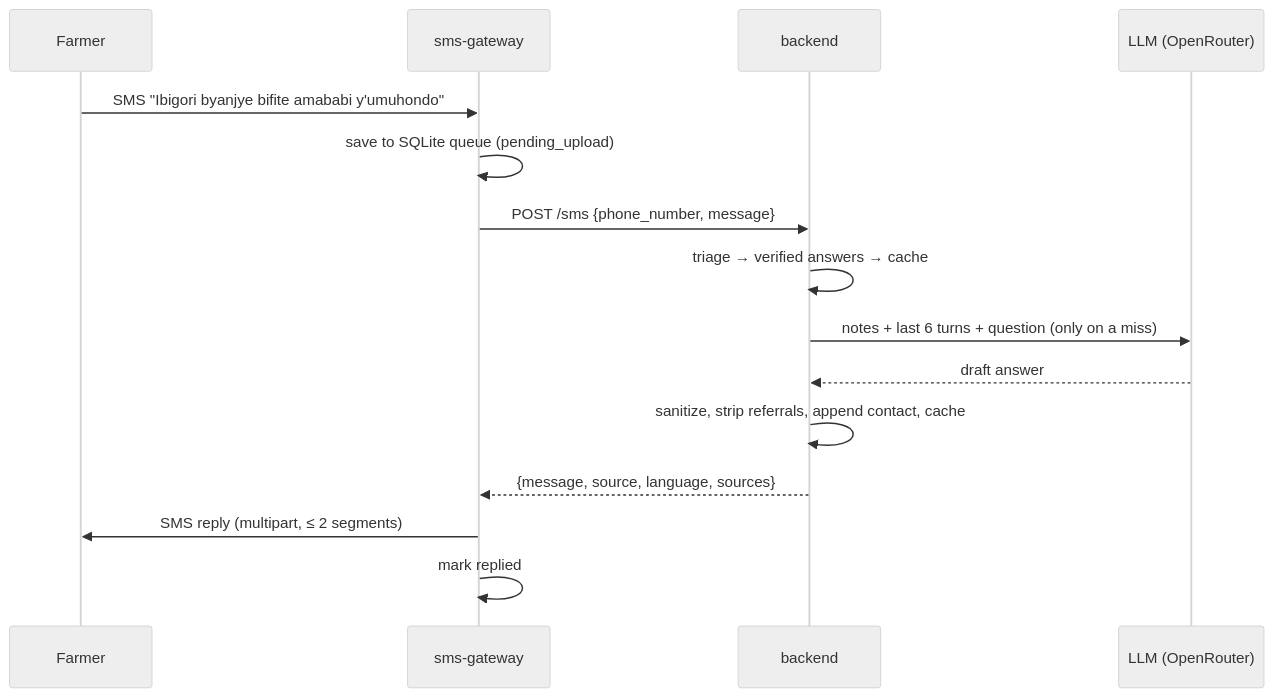
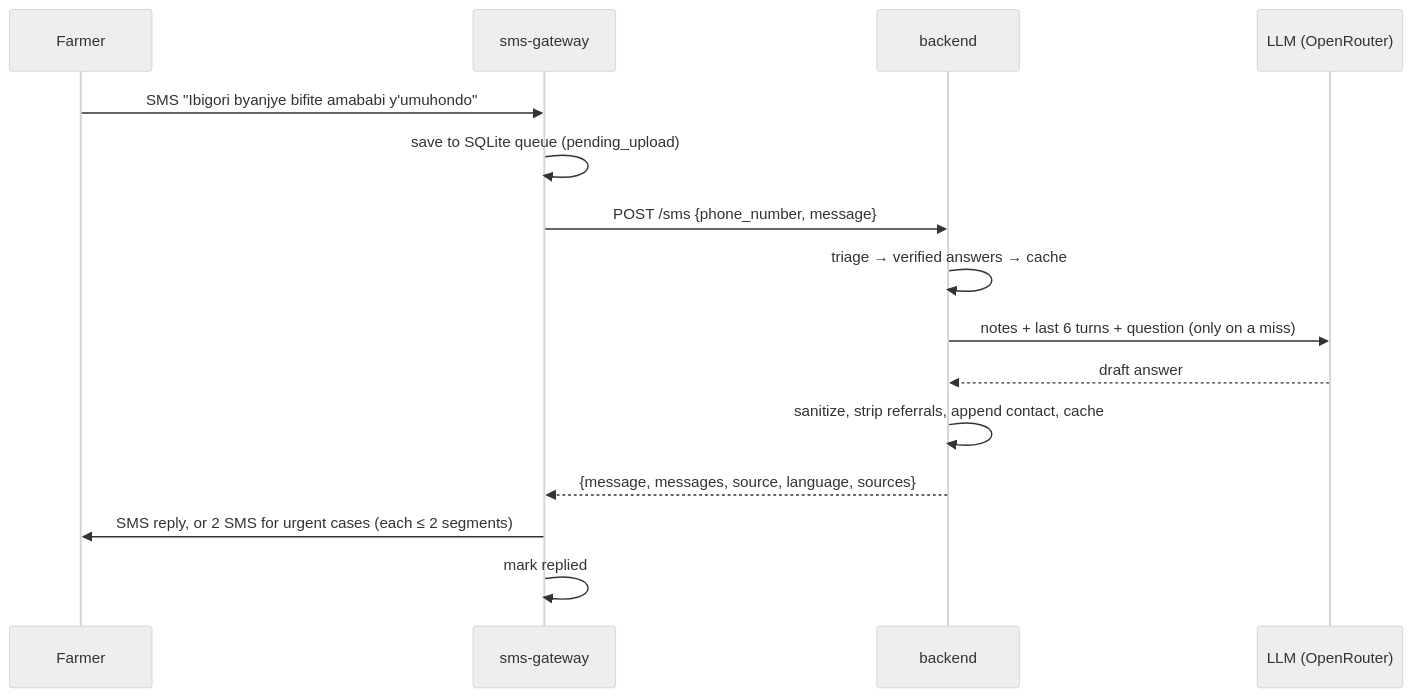
One commit to Dawit-Getachew/umurima changed the diagram in docs/architecture.md. Above: the diagram before and after it, drawn with Mermaid (neutral theme). The commit also changed other lines of this file and 9 other files, not shown here.

First line of the commit message:
Send urgent animal and crop replies as two SMS

````diff
--- a/docs/architecture.md
+++ b/docs/architecture.md
@@ -15,17 +15,17 @@
 ```mermaid
 sequenceDiagram
     participant F as Farmer
     participant G as sms-gateway
     participant B as backend
     participant M as LLM (OpenRouter)
     F->>G: SMS "Ibigori byanjye bifite amababi y'umuhondo"
     G->>G: save to SQLite queue (pending_upload)
     G->>B: POST /sms {phone_number, message}
     B->>B: triage → verified answers → cache
     B->>M: notes + last 6 turns + question (only on a miss)
     M-->>B: draft answer
     B->>B: sanitize, strip referrals, append contact, cache
-    B-->>G: {message, source, language, sources}
-    G->>F: SMS reply (multipart, ≤ 2 segments)
+    B-->>G: {message, messages, source, language, sources}
+    G->>F: SMS reply, or 2 SMS for urgent cases (each ≤ 2 segments)
     G->>G: mark replied
 ```
````
